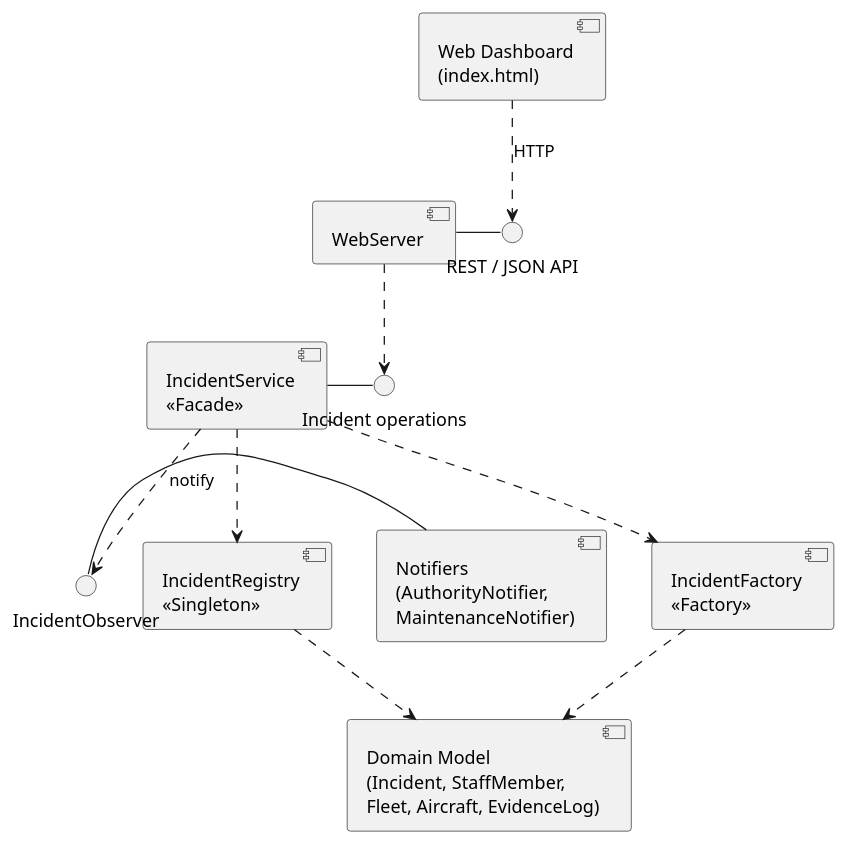
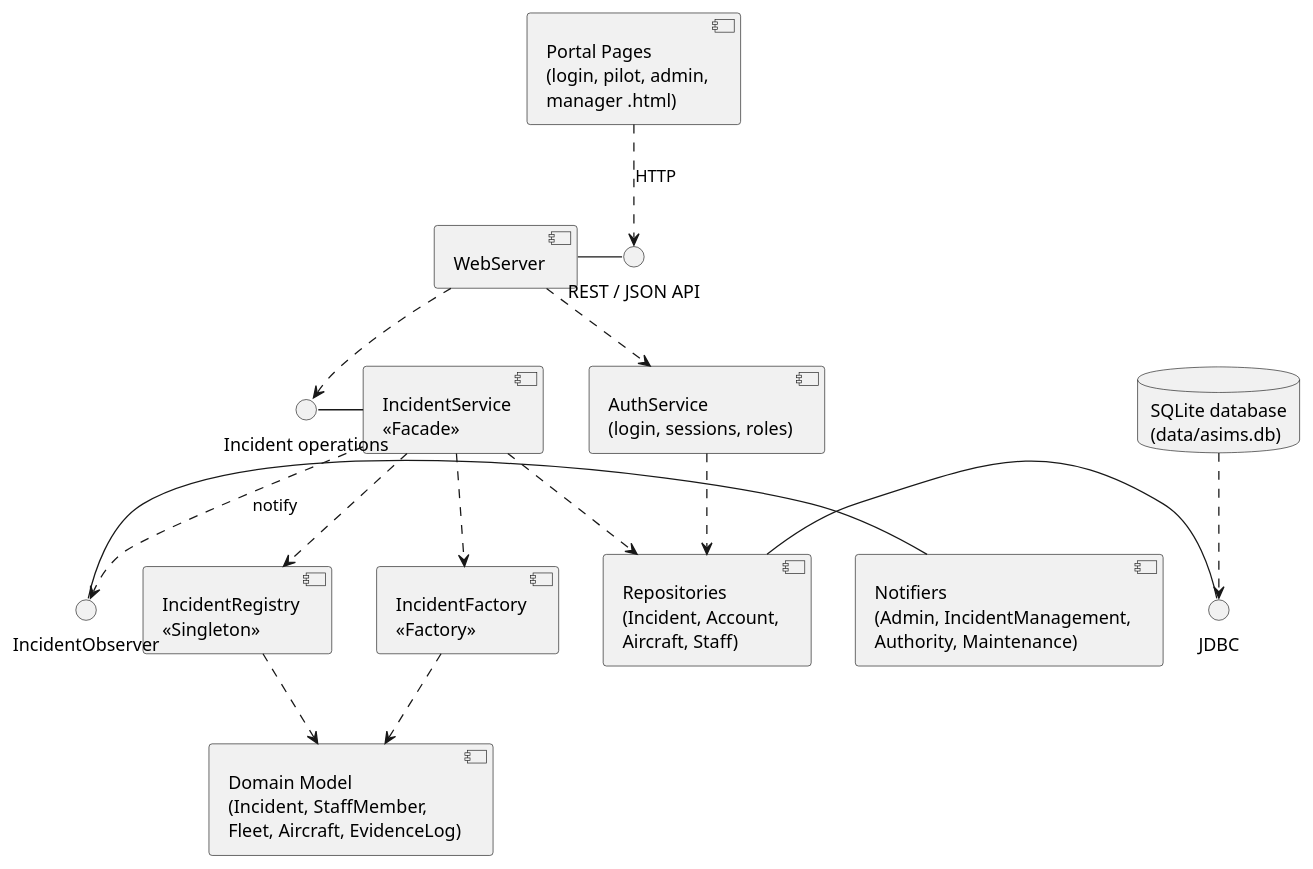
One commit to hassanshakil22/OOAD-ASIMS changed the seventh of 10 diagrams in docs/UML_DIAGRAMS.md. Above: the diagram before and after it, drawn with PlantUML. The commit also changed other lines of this file and 25 other files, not shown here.

Commit message:
Update report, UML diagrams, test results and README for the new system

````diff
--- a/docs/UML_DIAGRAMS.md
+++ b/docs/UML_DIAGRAMS.md
@@ -606,26 +566,35 @@
 ```plantuml
 @startuml
-component "Web Dashboard\n(index.html)" as UI
+component "Portal Pages\n(login, pilot, admin,\nmanager .html)" as UI
 component "WebServer" as WEB
+component "AuthService\n(login, sessions, roles)" as AUTH
 component "IncidentService\n<<Facade>>" as FACADE
 component "IncidentRegistry\n<<Singleton>>" as REG
 component "IncidentFactory\n<<Factory>>" as FAC
-component "Notifiers\n(AuthorityNotifier,\nMaintenanceNotifier)" as OBS
+component "Notifiers\n(Admin, IncidentManagement,\nAuthority, Maintenance)" as OBS
+component "Repositories\n(Incident, Account,\nAircraft, Staff)" as REPO
 component "Domain Model\n(Incident, StaffMember,\nFleet, Aircraft, EvidenceLog)" as MODEL
+database "SQLite database\n(data/asims.db)" as DB
 
 interface "REST / JSON API" as API
 interface "Incident operations" as OPS
 interface "IncidentObserver" as IOBS
+interface "JDBC" as JDBC
 
 WEB - API
 UI ..> API : HTTP
 FACADE - OPS
 WEB ..> OPS
+WEB ..> AUTH
 OBS - IOBS
 FACADE ..> IOBS : notify
 FACADE ..> REG
 FACADE ..> FAC
+FACADE ..> REPO
+AUTH ..> REPO
 FAC ..> MODEL
 REG ..> MODEL
+REPO - JDBC
+DB ..> JDBC
 @enduml
 ```
````
